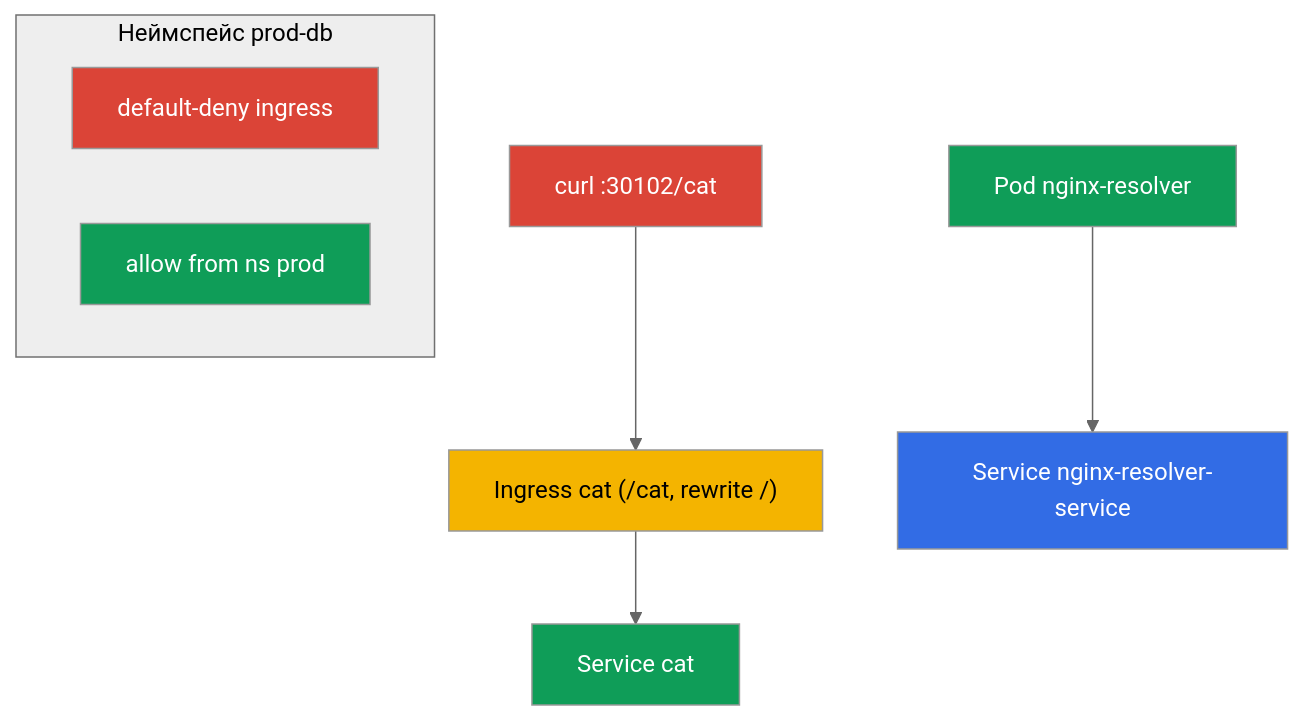
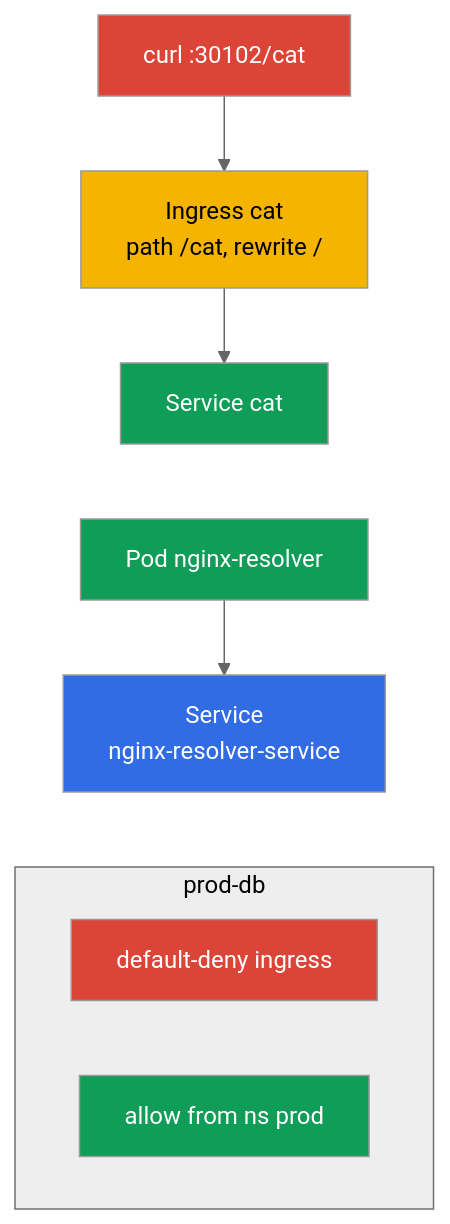
The diagram in tasks/cka/labs/110/README_RU.MD (ViktorUJ/cks), drawn with Mermaid (neutral theme) before and after one commit. The commit also changed other lines of this file and 36 other files, not shown here.

````diff
--- a/tasks/cka/labs/110/README_RU.MD
+++ b/tasks/cka/labs/110/README_RU.MD
@@ -30,17 +41,24 @@
 ```mermaid
 flowchart TB
-    ext["curl :30102/cat"] --> ing["Ingress cat (/cat, rewrite /)"] --> catsvc["Service cat"]
-    pod["Pod nginx-resolver"] --> svc["Service nginx-resolver-service"]
-    subgraph np["Неймспейс prod-db"]
+    ext["curl :30102/cat"]
+    ing["Ingress cat<br>path /cat, rewrite /"]
+    catsvc["Service cat"]
+    pod["Pod nginx-resolver"]
+    svc["Service<br>nginx-resolver-service"]
+    ext --> ing --> catsvc
+    pod --> svc
+    subgraph np["prod-db"]
         deny["default-deny ingress"]
         allow["allow from ns prod"]
     end
+    catsvc ~~~ pod
+    svc ~~~ np
     style ext fill:#db4437,color:#fff
     style ing fill:#f4b400,color:#000
     style catsvc fill:#0f9d58,color:#fff
     style pod fill:#0f9d58,color:#fff
     style svc fill:#326ce5,color:#fff
     style np fill:#eeeeee,color:#000
     style deny fill:#db4437,color:#fff
     style allow fill:#0f9d58,color:#fff
 ```
````
